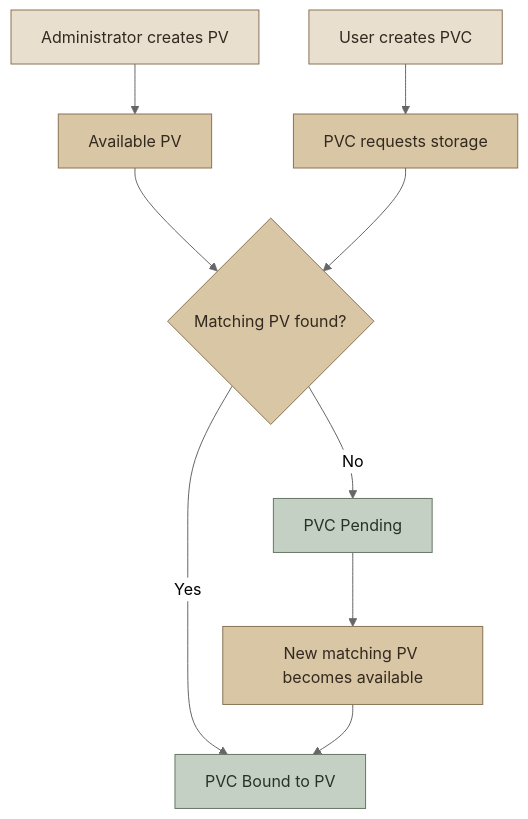
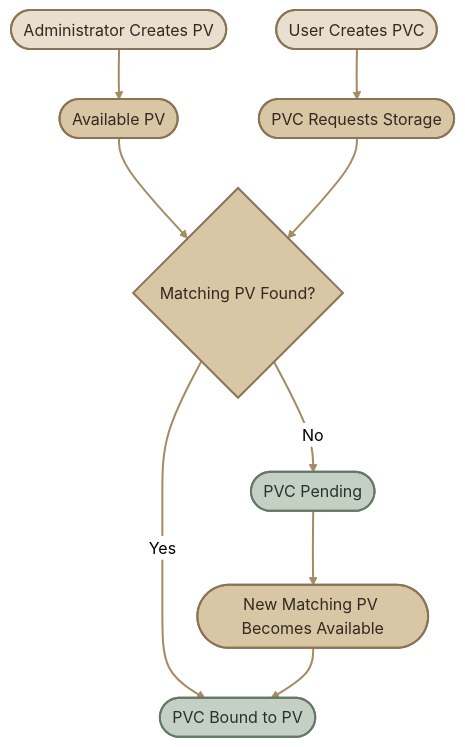
The first of 3 diagrams in content/container-orchestration/kubernetes/Storage/persistent-volume-claims.mdx (mustafammasoud/ops-handbook), drawn with Mermaid (neutral theme) before and after one commit. The commit also changed other lines of this file and 2 other files, not shown here.

````diff
--- a/content/container-orchestration/kubernetes/Storage/persistent-volume-claims.mdx
+++ b/content/container-orchestration/kubernetes/Storage/persistent-volume-claims.mdx
@@ -46,19 +44,21 @@
 ```mermaid
 flowchart TD
-    A["Administrator creates PV"] --> B["Available PV"]
-    C["User creates PVC"] --> D["PVC requests storage"]
-    B --> E{"Matching PV found?"}
+    A(["Administrator Creates PV"]) --> B(["Available PV"])
+    C(["User Creates PVC"]) --> D(["PVC Requests Storage"])
+    B --> E{"Matching PV Found?"}
     D --> E
-    E -->|"Yes"| F["PVC Bound to PV"]
-    E -->|"No"| G["PVC Pending"]
-    G --> H["New matching PV becomes available"]
+    E -->|"Yes"| F(["PVC Bound to PV"])
+    E -->|"No"| G(["PVC Pending"])
+    G --> H(["New Matching PV Becomes Available"])
     H --> F
 
-    classDef admin fill:#e9dfce,stroke:#8b7355,color:#33291f
-    classDef storage fill:#d8c6a5,stroke:#8b7355,color:#33291f
-    classDef status fill:#c5d0c4,stroke:#667766,color:#263326
+    classDef admin fill:#e9dfce,stroke:#8b7355,color:#33291f,stroke-width:2px
+    classDef storage fill:#d8c6a5,stroke:#8b7355,color:#33291f,stroke-width:2px
+    classDef status fill:#c5d0c4,stroke:#667766,color:#263326,stroke-width:2px
 
     class A,C admin
     class B,D,E,H storage
     class F,G status
+
+    linkStyle default stroke:#a58a64,stroke-width:2px
 ```
````
